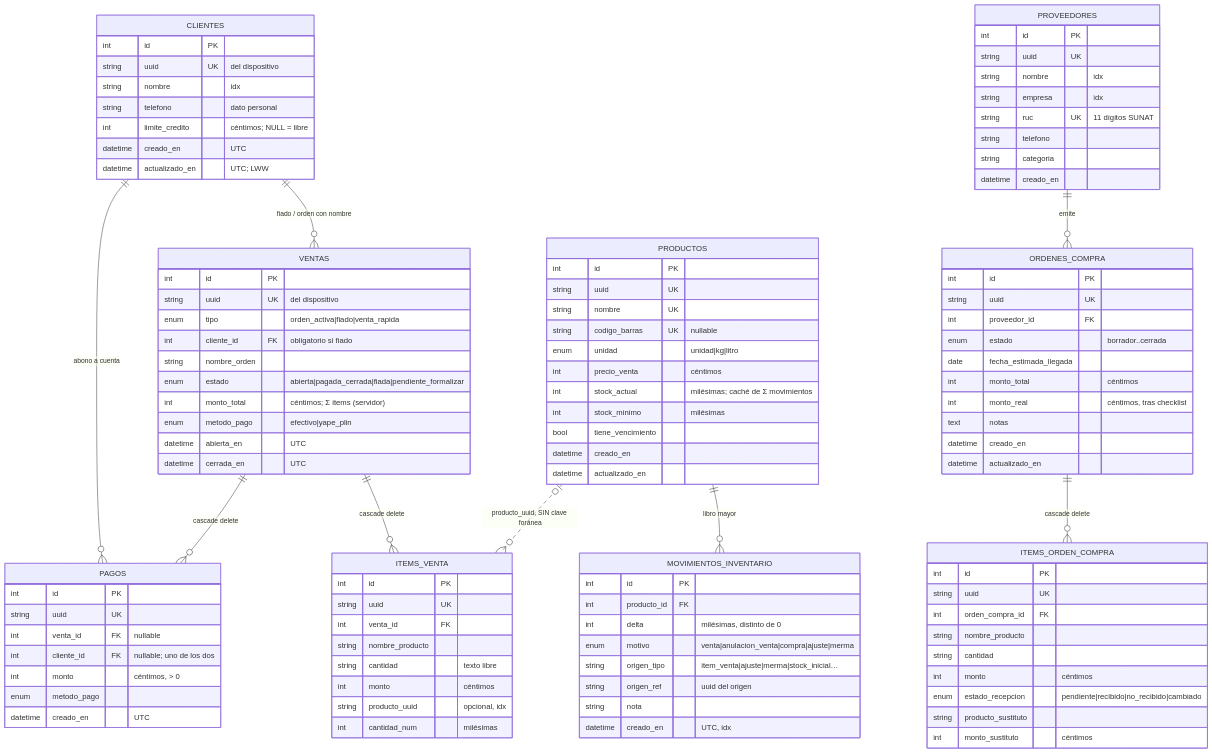
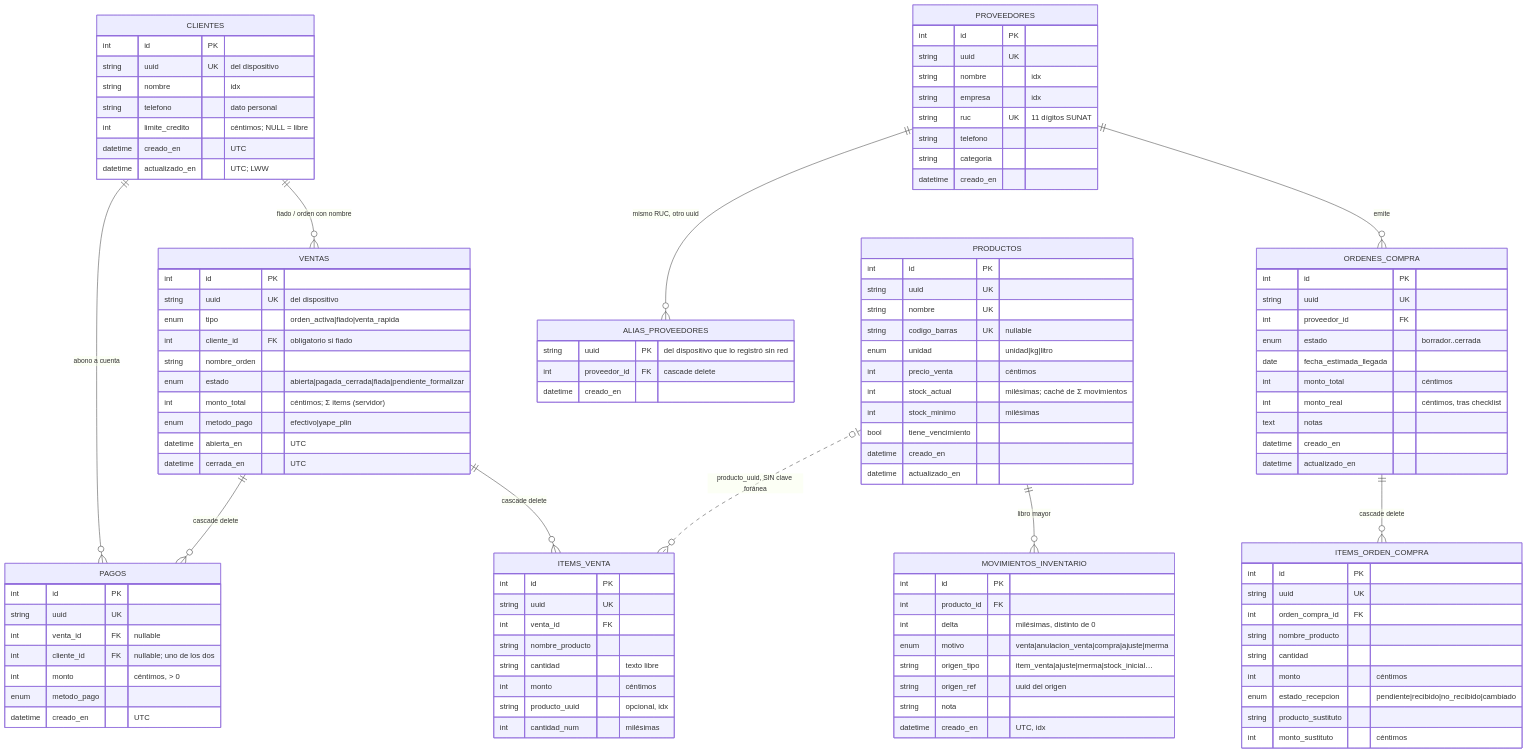
The diagram in .ai-context/03-base-de-datos.md (JoseFM2808/Mi-puestito), drawn with Mermaid before and after one commit. The commit also changed other lines of this file and 10 other files, not shown here.

First line of the commit message:
D-25: el mismo RUC registrado sin red en dos tablets ya no se rechaza

```diff
--- a/.ai-context/03-base-de-datos.md
+++ b/.ai-context/03-base-de-datos.md
@@ -14,6 +14,7 @@
     VENTAS ||--o{ ITEMS_VENTA : "cascade delete"
     VENTAS ||--o{ PAGOS : "cascade delete"
     PROVEEDORES ||--o{ ORDENES_COMPRA : "emite"
+    PROVEEDORES ||--o{ ALIAS_PROVEEDORES : "mismo RUC, otro uuid"
     ORDENES_COMPRA ||--o{ ITEMS_ORDEN_COMPRA : "cascade delete"
     PRODUCTOS ||--o{ MOVIMIENTOS_INVENTARIO : "libro mayor"
     PRODUCTOS |o..o{ ITEMS_VENTA : "producto_uuid, SIN clave foránea"
@@ -68,6 +69,11 @@
         string categoria
         datetime creado_en
     }
+    ALIAS_PROVEEDORES {
+        string uuid PK "del dispositivo que lo registró sin red"
+        int proveedor_id FK "cascade delete"
+        datetime creado_en
+    }
     ORDENES_COMPRA {
         int id PK
         string uuid UK
```
